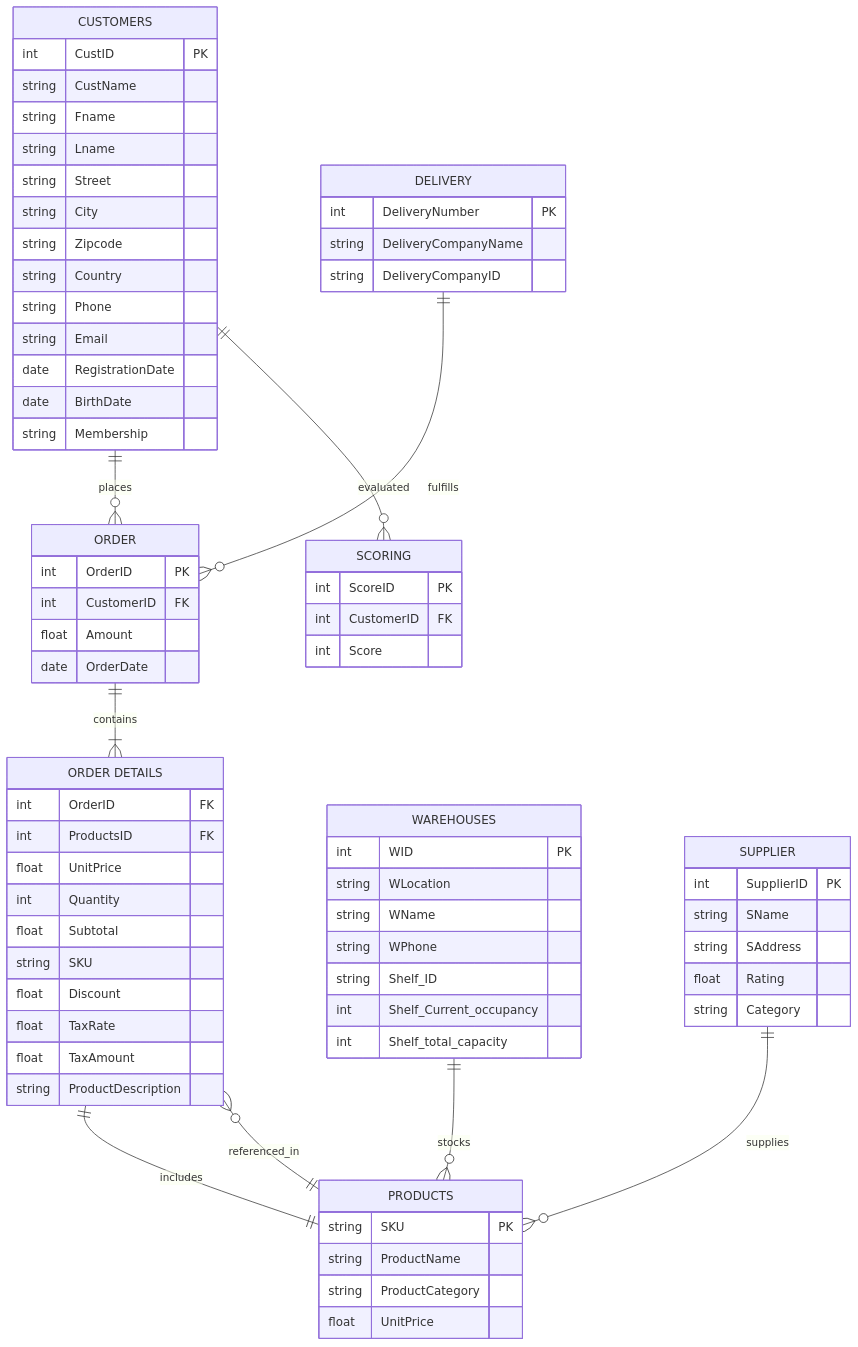
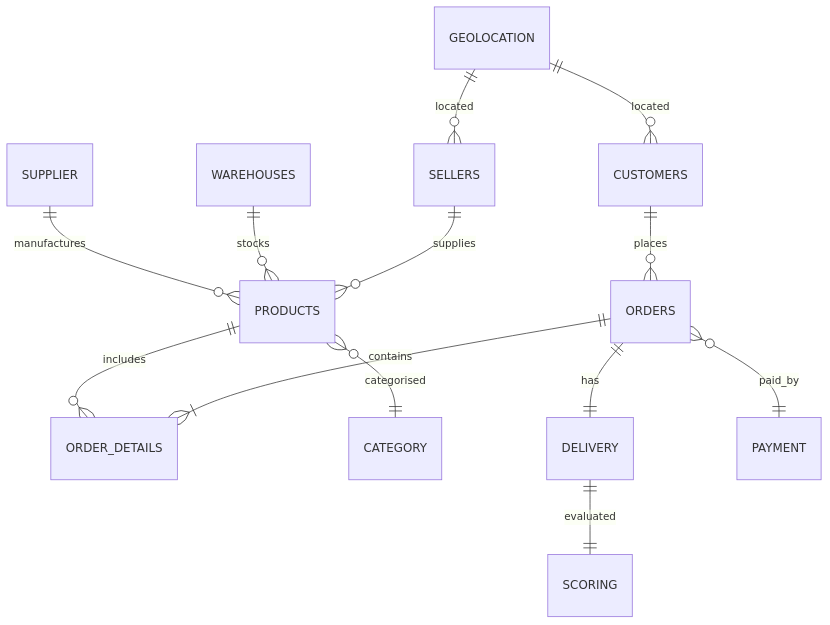
Before and after one commit to Piyali-Narnaware/E-commerce: the diagram in README.md, drawn with Mermaid. The commit also changed other lines of this file, not shown here.

Commit message:
Rewrite README for employer/portfolio audience with architecture, features, and quick-start

````diff
--- a/README.md
+++ b/README.md
@@ -11,83 +35,15 @@
 ```mermaid
 erDiagram
-    CUSTOMERS ||--o{ ORDER : places
-    CUSTOMERS {
-        int CustID PK
-        string CustName
-        string Fname
-        string Lname
-        string Street
-        string City
-        string Zipcode
-        string Country
-        string Phone
-        string Email
-        date RegistrationDate
-        date BirthDate
-        string Membership
-    }
-
-    ORDER ||--|{ "ORDER DETAILS" : contains
-    ORDER {
-        int OrderID PK
-        int CustomerID FK
-        float Amount
-        date OrderDate
-    }
-
-    "ORDER DETAILS" ||--|| PRODUCTS : includes
-    "ORDER DETAILS" {
-        int OrderID FK
-        int ProductsID FK
-        float UnitPrice
-        int Quantity
-        float Subtotal
-        string SKU
-        float Discount
-        float TaxRate
-        float TaxAmount
-        string ProductDescription
-    }
-
-    PRODUCTS ||--o{ "ORDER DETAILS" : referenced_in
-    PRODUCTS {
-        string SKU PK
-        string ProductName
-        string ProductCategory
-        float UnitPrice
-    }
-
+    CUSTOMERS ||--o{ ORDERS : places
+    ORDERS ||--|{ ORDER_DETAILS : contains
+    PRODUCTS ||--o{ ORDER_DETAILS : includes
+    PRODUCTS }o--|| CATEGORY : categorised
+    SELLERS ||--o{ PRODUCTS : supplies
     WAREHOUSES ||--o{ PRODUCTS : stocks
-    WAREHOUSES {
-        int WID PK
-        string WLocation
-        string WName
-        string WPhone
-        string Shelf_ID
-        int Shelf_Current_occupancy
-        int Shelf_total_capacity
-    }
-
-    SUPPLIER ||--o{ PRODUCTS : supplies
-    SUPPLIER {
-        int SupplierID PK
-        string SName
-        string SAddress
-        float Rating
-        string Category
-    }
-
-    DELIVERY ||--o{ ORDER : fulfills
-    DELIVERY {
-        int DeliveryNumber PK
-        string DeliveryCompanyName
-        string DeliveryCompanyID
-    }
-
-    CUSTOMERS ||--o{ SCORING : evaluated
-    SCORING {
-        int ScoreID PK
-        int CustomerID FK
-        int Score
-    }
+    SUPPLIER ||--o{ PRODUCTS : manufactures
+    ORDERS ||--|| DELIVERY : has
+    DELIVERY ||--|| SCORING : evaluated
+    ORDERS }o--|| PAYMENT : paid_by
+    GEOLOCATION ||--o{ CUSTOMERS : located
+    GEOLOCATION ||--o{ SELLERS : located
 ```
````
